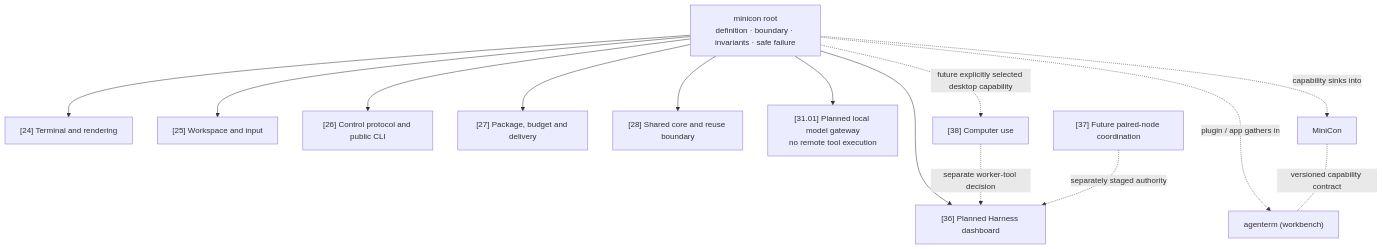
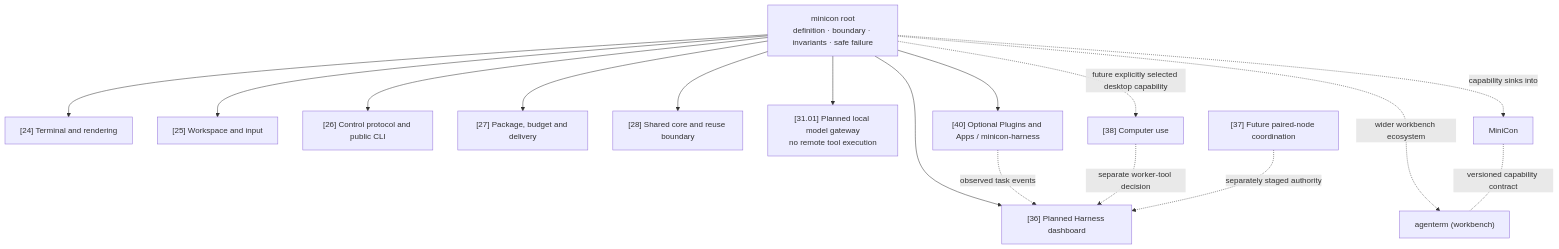
One commit to partnernetsoftware/minicon changed the diagram in prd/PRD_02_23_minicon.md. Above: the diagram before and after it, drawn with Mermaid. The commit also changed other lines of this file and 10 other files, not shown here.

Commit message:
Plan optional minicon-harness app extraction

````diff
--- a/prd/PRD_02_23_minicon.md
+++ b/prd/PRD_02_23_minicon.md
@@ -50,17 +52,19 @@
 ```mermaid
 flowchart TB
     ROOT["minicon root<br/>definition · boundary · invariants · safe failure"]
     ROOT --> T["[24] Terminal and rendering"]
     ROOT --> W["[25] Workspace and input"]
     ROOT --> C["[26] Control protocol and public CLI"]
     ROOT --> D["[27] Package, budget and delivery"]
     ROOT --> S["[28] Shared core and reuse boundary"]
     ROOT --> G["[31.01] Planned local model gateway<br/>no remote tool execution"]
     ROOT --> H["[36] Planned Harness dashboard"]
+    ROOT --> APP["[40] Optional Plugins and Apps / minicon-harness"]
+    APP -. observed task events .-> H
     ROOT -. future explicitly selected desktop capability .-> CU["[38] Computer use"]
     CU -. separate worker-tool decision .-> H
     FUT["[37] Future paired-node coordination"] -. separately staged authority .-> H
     ROOT -. "capability sinks into" .-> MC["MiniCon"]
-    ROOT -. "plugin / app gathers in" .-> AG["agenterm (workbench)"]
+    ROOT -. "wider workbench ecosystem" .-> AG["agenterm (workbench)"]
     MC -. "versioned capability contract" .- AG
 ```
````
